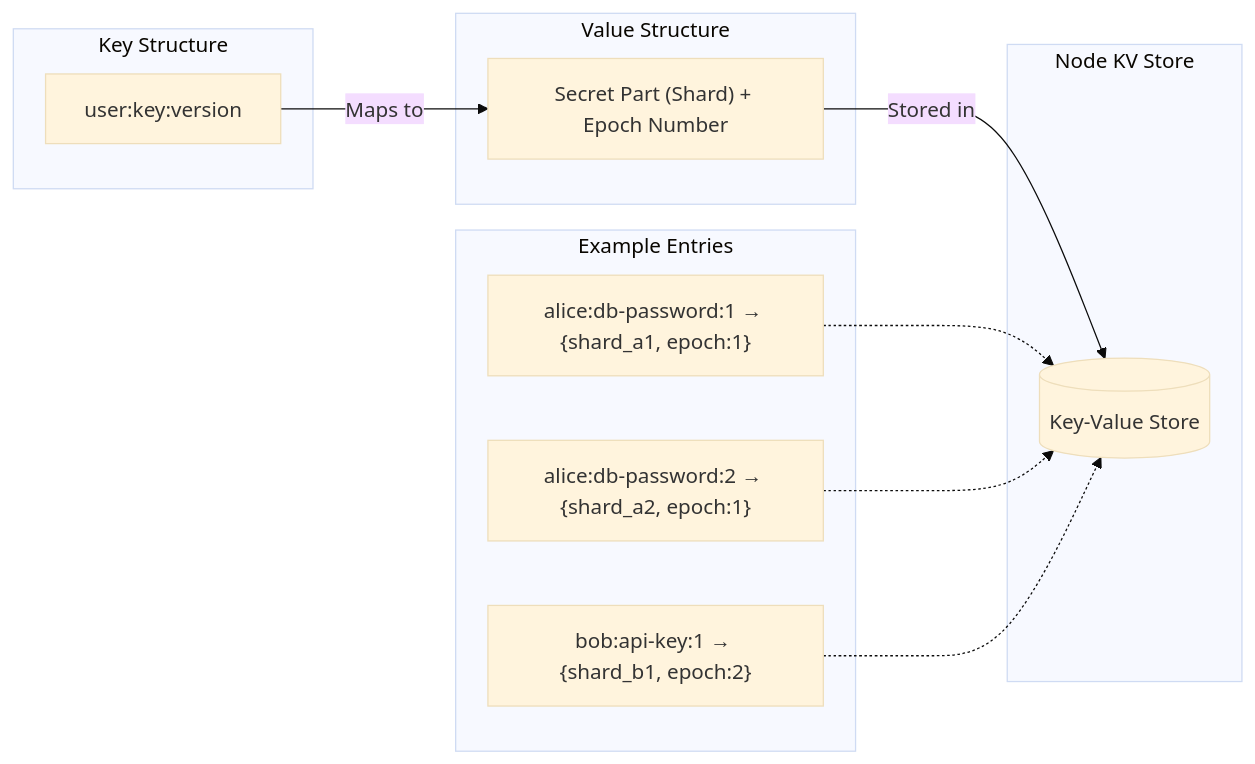
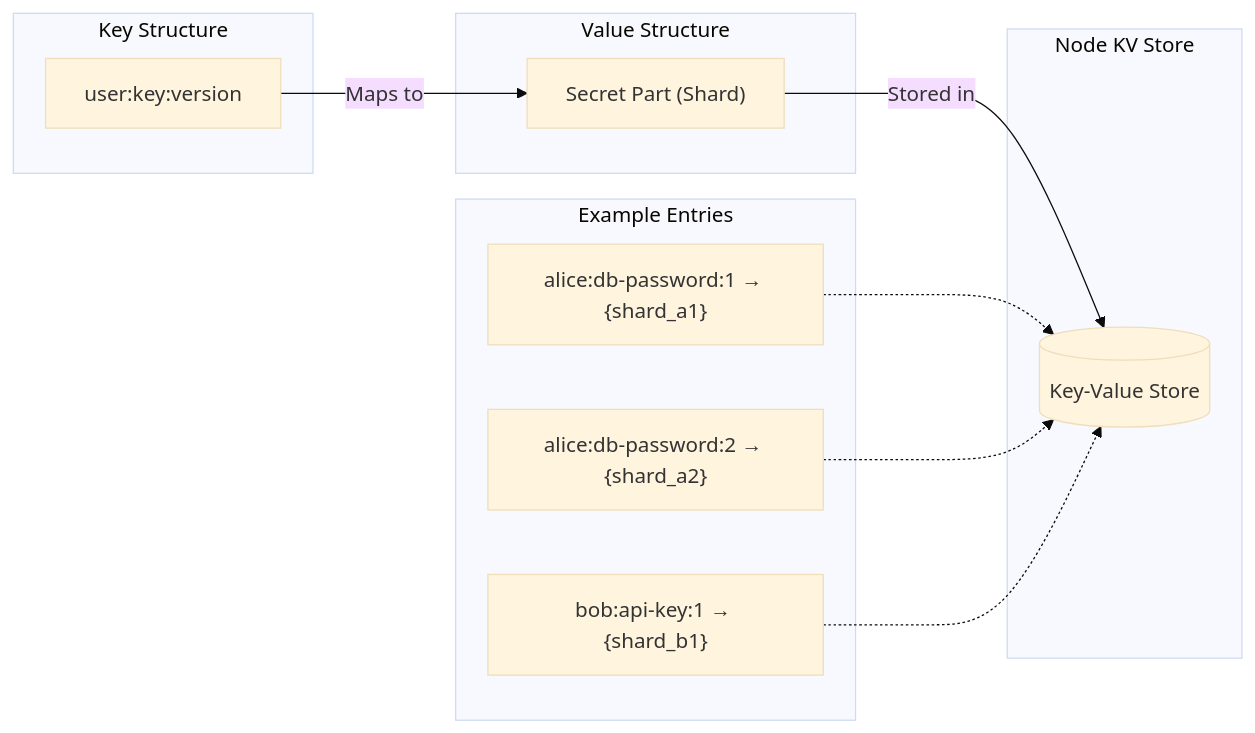
Before and after one commit to S26-Distributed-Capstone/DistributedSecretsVault: the sixth of 6 diagrams in docs/architecture.md, drawn with Mermaid (base theme). The commit also changed other lines of this file and 20 other files, not shown here.

````diff
--- a/docs/architecture.md
+++ b/docs/architecture.md
@@ -169,27 +169,27 @@
 ```mermaid
 graph LR
     subgraph "Node KV Store"
         KV[(Key-Value Store)]
     end
 
     subgraph "Key Structure"
         Key["user:key:version"]
     end
 
     subgraph "Value Structure"
-        Value["Secret Part (Shard) + Epoch Number"]
+        Value["Secret Part (Shard)"]
     end
 
     Key -->|Maps to| Value
     Value -->|Stored in| KV
 
     subgraph "Example Entries"
-        E1["alice:db-password:1 → {shard_a1, epoch:1}"]
-        E2["alice:db-password:2 → {shard_a2, epoch:1}"]
-        E3["bob:api-key:1 → {shard_b1, epoch:2}"]
+        E1["alice:db-password:1 → {shard_a1}"]
+        E2["alice:db-password:2 → {shard_a2}"]
+        E3["bob:api-key:1 → {shard_b1}"]
     end
 
     E1 -.-> KV
     E2 -.-> KV
     E3 -.-> KV
 ```
````
